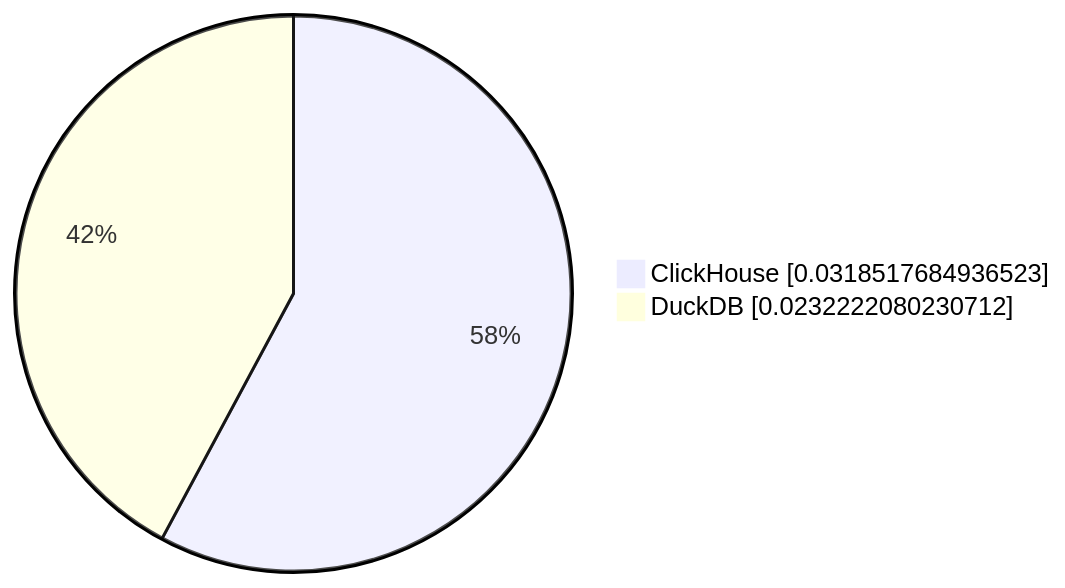
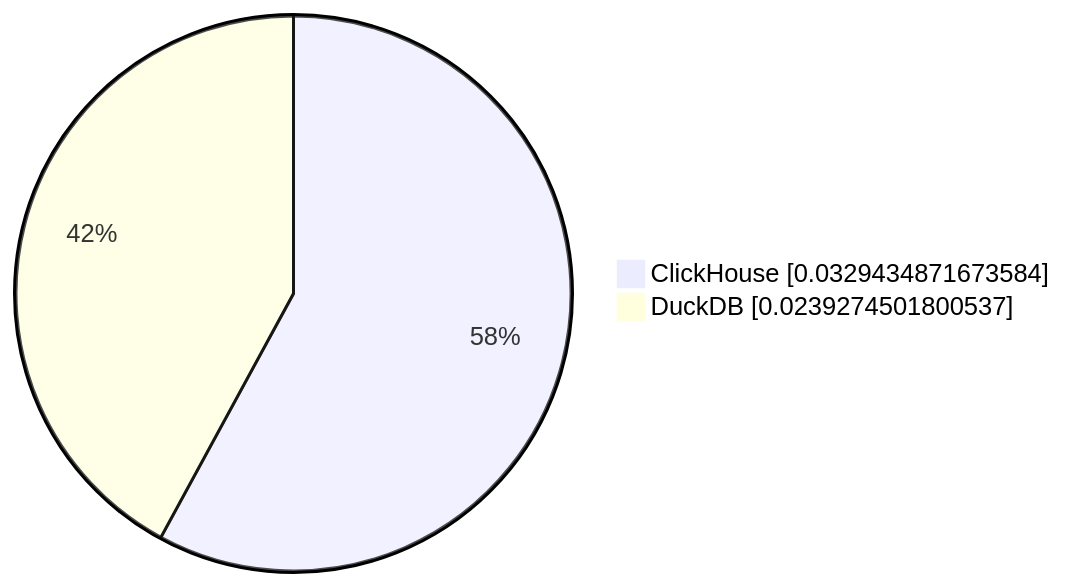
One commit to Altinity/clickhouse-regression changed the tenth of 10 diagrams in parquet/performance/results/README.md. Above: the diagram before and after it, drawn with Mermaid. The commit also changed other lines of this file and 3 other files, not shown here.

````diff
--- a/parquet/performance/results/README.md
+++ b/parquet/performance/results/README.md
@@ -98,5 +98,5 @@
 ```mermaid
      pie showData
-         "ClickHouse" : 0.0318517684936523
-         "DuckDB" : 0.0232222080230712
+         "ClickHouse" : 0.0329434871673584
+         "DuckDB" : 0.0239274501800537
 ```
````
